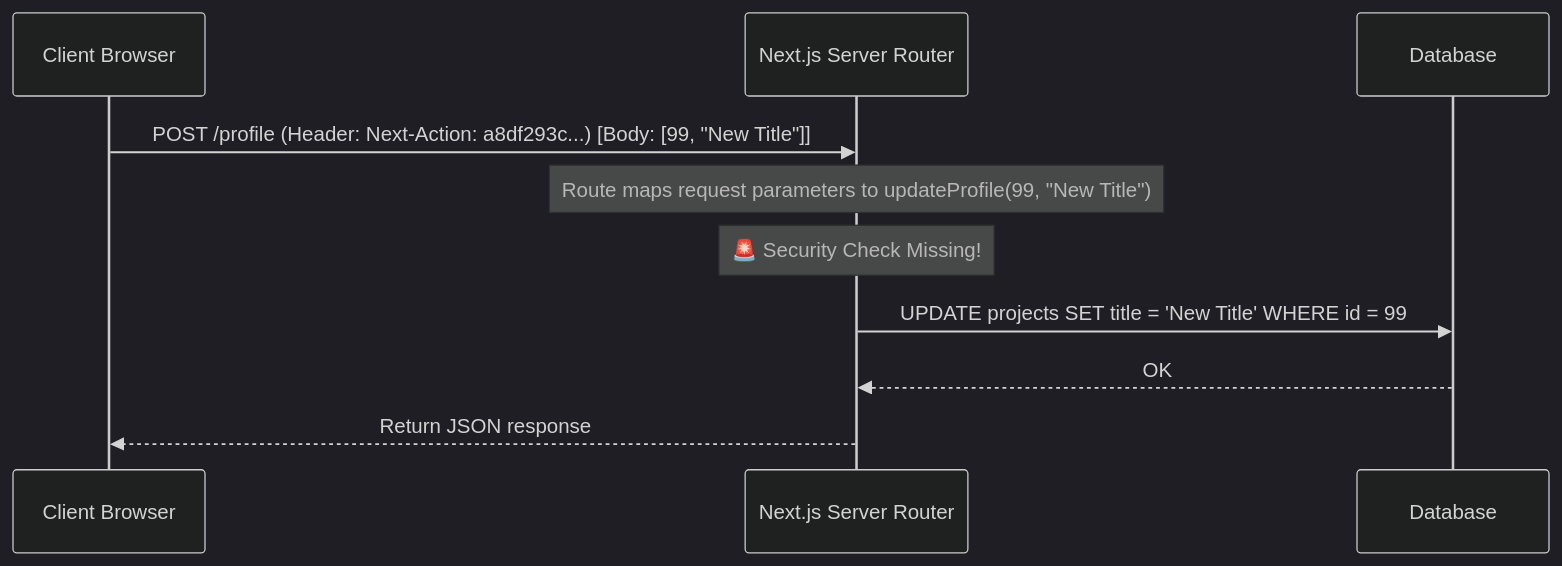
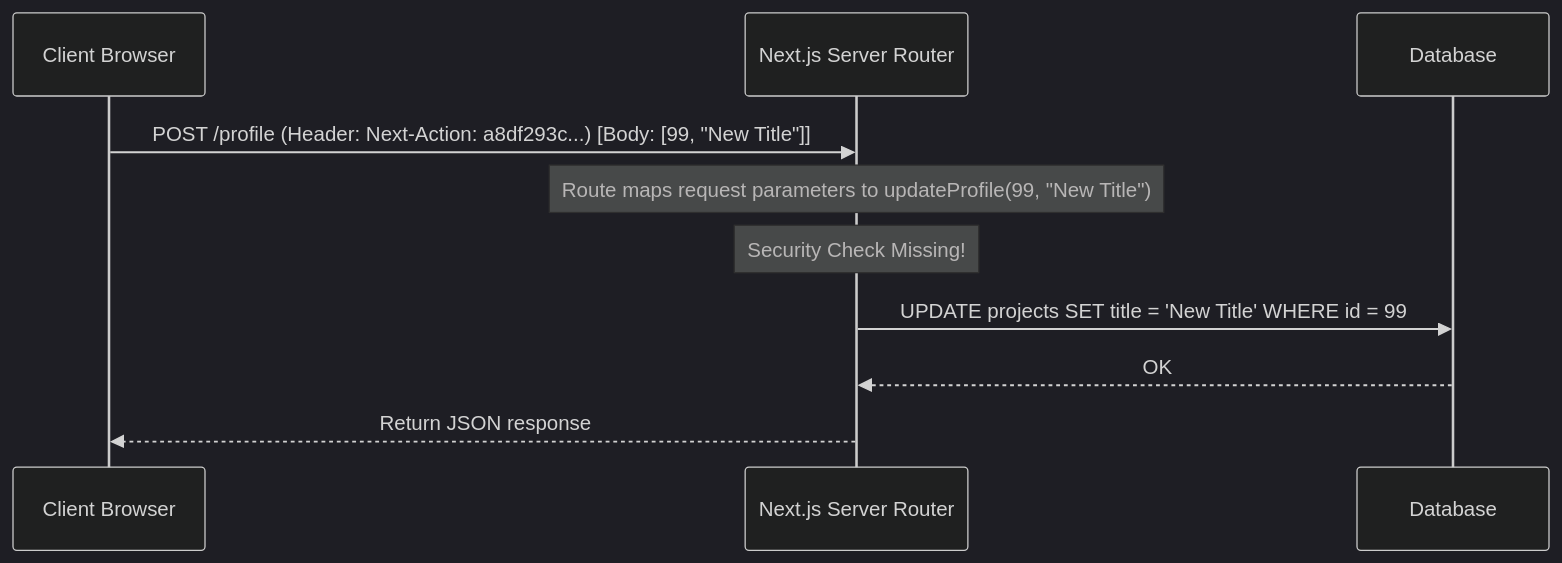
The diagram in blog/posts/react-server-actions-security-vulnerabilities.md (akmalkhaniub/akmalkhaniub.github.io), drawn with Mermaid before and after one commit. The commit also changed 411 other files, not shown here.

````diff
--- a/blog/posts/react-server-actions-security-vulnerabilities.md
+++ b/blog/posts/react-server-actions-security-vulnerabilities.md
@@ -15,14 +15,14 @@
 ```mermaid
 %%{init: {'theme': 'dark', 'themeVariables': { 'primaryColor': '#ef4444', 'primaryTextColor': '#f3f4f6', 'primaryBorderColor': '#f87171', 'lineColor': '#ef4444', 'secondaryColor': '#111827', 'tertiaryColor': '#0b0f19'}}}%%
 sequenceDiagram
     participant Client as Client Browser
     participant Gateway as Next.js Server Router
     participant DB as Database
 
     Client->>Gateway: POST /profile (Header: Next-Action: a8df293c...) [Body: [99, "New Title"]]
     Note over Gateway: Route maps request parameters to updateProfile(99, "New Title")
-    Note over Gateway: 🚨 Security Check Missing!
+    Note over Gateway:  Security Check Missing!
     Gateway->>DB: UPDATE projects SET title = 'New Title' WHERE id = 99
     DB-->>Gateway: OK
     Gateway-->>Client: Return JSON response
 ```
````
